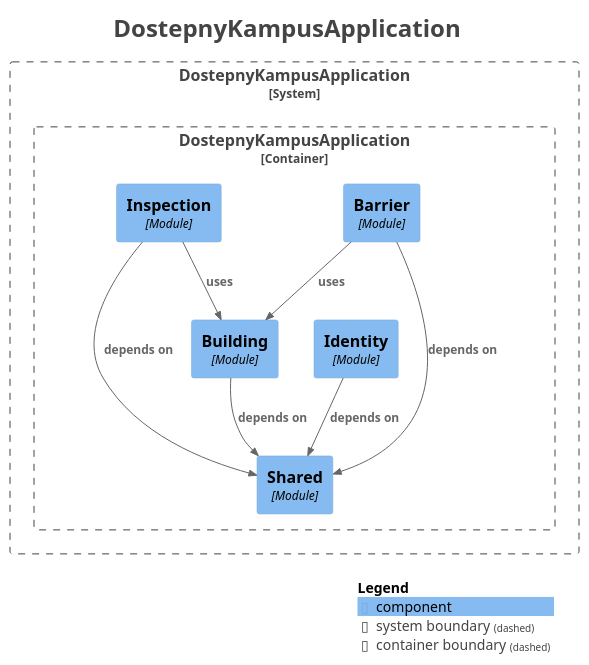
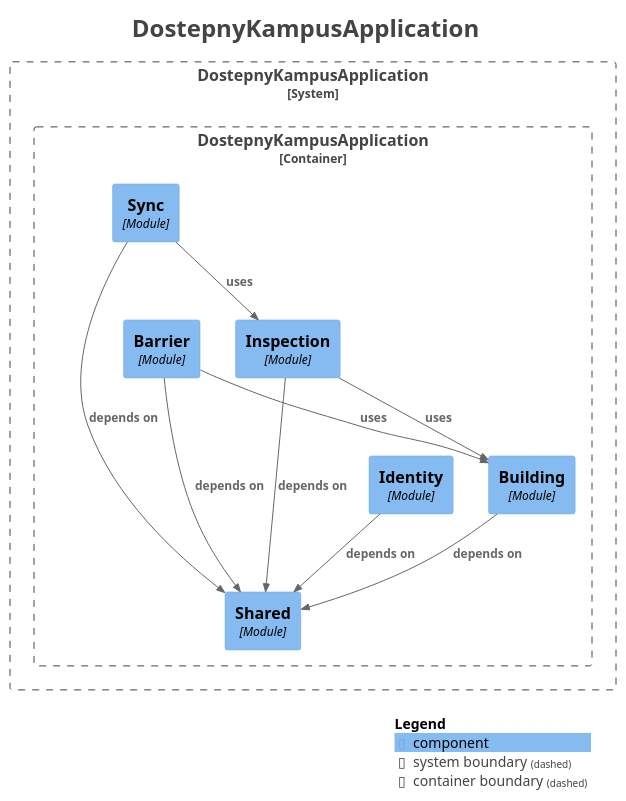
The diagram in docs/docs/architektura/moduly-serwera.iuml (dostepny-kampus/dostepny-kampus), drawn with PlantUML before and after one commit. The commit also changed 27 other files, not shown here.

```diff
--- a/docs/docs/architektura/moduly-serwera.iuml
+++ b/docs/docs/architektura/moduly-serwera.iuml
@@ -1,38 +1,41 @@
 @startuml
 title <size:24>DostepnyKampusApplication</size>
 
 set separator none
 top to bottom direction
 
 <style>
   root {
     BackgroundColor: #ffffff
     FontColor: #444444
   }
 </style>
 
 !include <C4/C4>
 !include <C4/C4_Context>
 !include <C4/C4_Component>
 
 System_Boundary("DostepnyKampusApplication_boundary", "DostepnyKampusApplication", $tags="") {
   Container_Boundary("DostepnyKampusApplication.DostepnyKampusApplication_boundary", "DostepnyKampusApplication", $tags="") {
     Component(DostepnyKampusApplication.DostepnyKampusApplication.Shared, "Shared", $techn="Module", $descr="", $tags="", $link="")
     Component(DostepnyKampusApplication.DostepnyKampusApplication.Building, "Building", $techn="Module", $descr="", $tags="", $link="")
     Component(DostepnyKampusApplication.DostepnyKampusApplication.Barrier, "Barrier", $techn="Module", $descr="", $tags="", $link="")
     Component(DostepnyKampusApplication.DostepnyKampusApplication.Identity, "Identity", $techn="Module", $descr="", $tags="", $link="")
     Component(DostepnyKampusApplication.DostepnyKampusApplication.Inspection, "Inspection", $techn="Module", $descr="", $tags="", $link="")
+    Component(DostepnyKampusApplication.DostepnyKampusApplication.Sync, "Sync", $techn="Module", $descr="", $tags="", $link="")
   }
 
 }
 
 Rel(DostepnyKampusApplication.DostepnyKampusApplication.Building, DostepnyKampusApplication.DostepnyKampusApplication.Shared, "depends on", $techn="", $tags="", $link="")
 Rel(DostepnyKampusApplication.DostepnyKampusApplication.Barrier, DostepnyKampusApplication.DostepnyKampusApplication.Shared, "depends on", $techn="", $tags="", $link="")
 Rel(DostepnyKampusApplication.DostepnyKampusApplication.Barrier, DostepnyKampusApplication.DostepnyKampusApplication.Building, "uses", $techn="", $tags="", $link="")
 Rel(DostepnyKampusApplication.DostepnyKampusApplication.Identity, DostepnyKampusApplication.DostepnyKampusApplication.Shared, "depends on", $techn="", $tags="", $link="")
 Rel(DostepnyKampusApplication.DostepnyKampusApplication.Inspection, DostepnyKampusApplication.DostepnyKampusApplication.Shared, "depends on", $techn="", $tags="", $link="")
 Rel(DostepnyKampusApplication.DostepnyKampusApplication.Inspection, DostepnyKampusApplication.DostepnyKampusApplication.Building, "uses", $techn="", $tags="", $link="")
+Rel(DostepnyKampusApplication.DostepnyKampusApplication.Sync, DostepnyKampusApplication.DostepnyKampusApplication.Shared, "depends on", $techn="", $tags="", $link="")
+Rel(DostepnyKampusApplication.DostepnyKampusApplication.Sync, DostepnyKampusApplication.DostepnyKampusApplication.Inspection, "uses", $techn="", $tags="", $link="")
 
 SHOW_LEGEND(true)
 hide stereotypes
 @enduml
```
